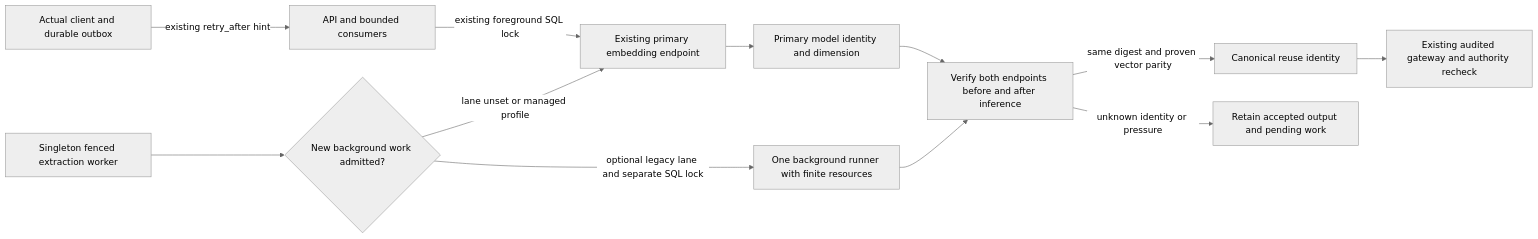
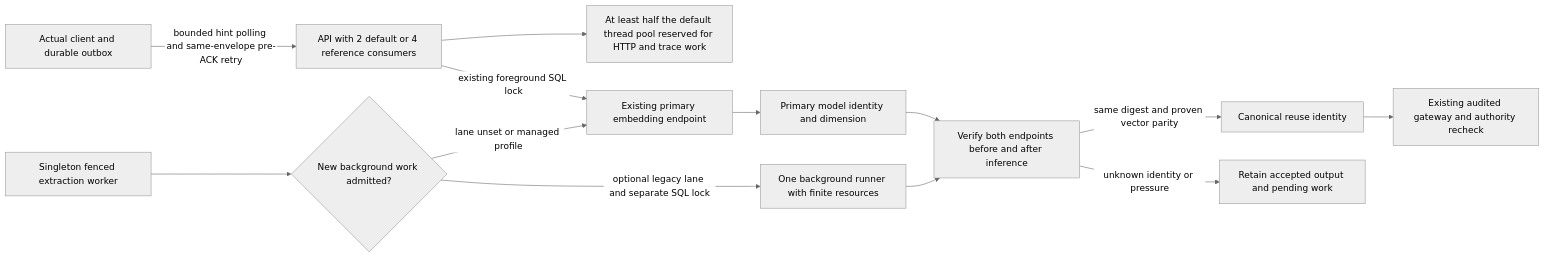
The diagram in docs/uml/model-admission-92-a2.md (phense/agentic-rag), drawn with Mermaid (neutral theme) before and after one commit. The commit also changed other lines of this file and 3 other files, not shown here.

Commit message:
docs(architecture): define minimal A2 runtime and actual-client acceptance

````diff
--- a/docs/uml/model-admission-92-a2.md
+++ b/docs/uml/model-admission-92-a2.md
@@ -9,14 +10,15 @@
 ```mermaid
 flowchart LR
-    Client[Actual client and durable outbox] -->|existing retry_after hint| API[API and bounded consumers]
+    Client[Actual client and durable outbox] -->|bounded hint polling and same-envelope pre-ACK retry| API[API with 2 default or 4 reference consumers]
+    API --> Reserve[At least half the default thread pool reserved for HTTP and trace work]
     API -->|existing foreground SQL lock| Primary[Existing primary embedding endpoint]
     Worker[Singleton fenced extraction worker] --> Gate{New background work admitted?}
     Gate -->|lane unset or managed profile| Primary
     Gate -->|optional legacy lane and separate SQL lock| Background[One background runner with finite resources]
     Primary --> Identity[Primary model identity and dimension]
     Background --> Verify[Verify both endpoints before and after inference]
     Identity --> Verify
     Verify -->|same digest and proven vector parity| Cache[Canonical reuse identity]
     Verify -->|unknown identity or pressure| Pending[Retain accepted output and pending work]
     Cache --> Gateway[Existing audited gateway and authority recheck]
 ```
````
